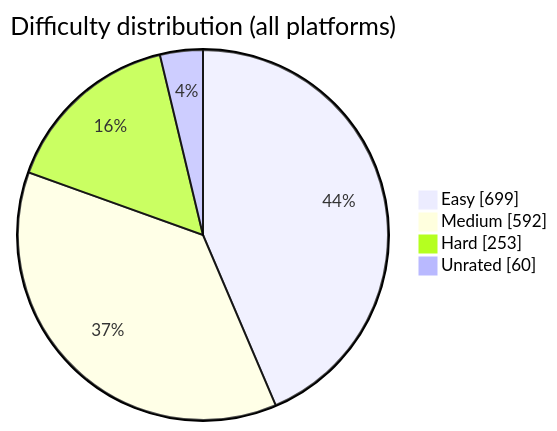
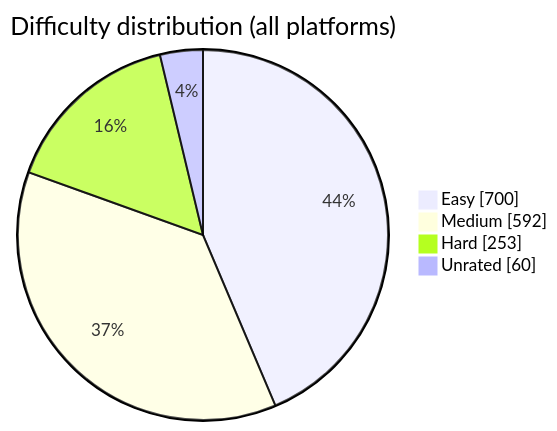
Before and after one commit to BuildbyArindam/Daily-Coding-Log: the diagram in README.md, drawn with Mermaid. The commit also changed other lines of this file, not shown here.

````diff
--- a/README.md
+++ b/README.md
@@ -93,7 +93,7 @@
 ```mermaid
 pie showData title Difficulty distribution (all platforms)
-    "Easy" : 699
+    "Easy" : 700
     "Medium" : 592
     "Hard" : 253
     "Unrated" : 60
 ```
````
